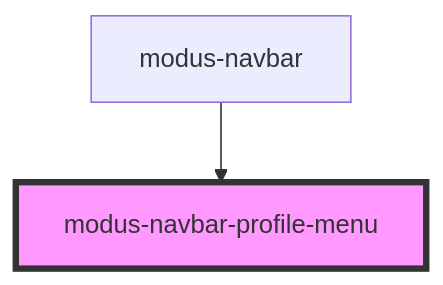
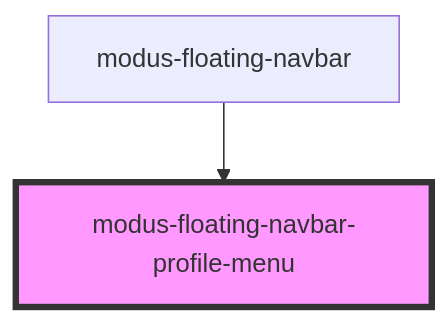
The diagram in stencil-workspace/src/components/modus-floating-navbar/profile-menu/readme.md (trimble-oss/modus-web-components), drawn with Mermaid before and after one commit. The commit also changed other lines of this file and 48 other files, not shown here.

Commit message:
Modified floating navbar component

````diff
--- a/stencil-workspace/src/components/modus-floating-navbar/profile-menu/readme.md
+++ b/stencil-workspace/src/components/modus-floating-navbar/profile-menu/readme.md
@@ -36,5 +36,5 @@
 ```mermaid
 graph TD;
-  modus-navbar --> modus-navbar-profile-menu
-  style modus-navbar-profile-menu fill:#f9f,stroke:#333,stroke-width:4px
+  modus-floating-navbar --> modus-floating-navbar-profile-menu
+  style modus-floating-navbar-profile-menu fill:#f9f,stroke:#333,stroke-width:4px
 ```
````
